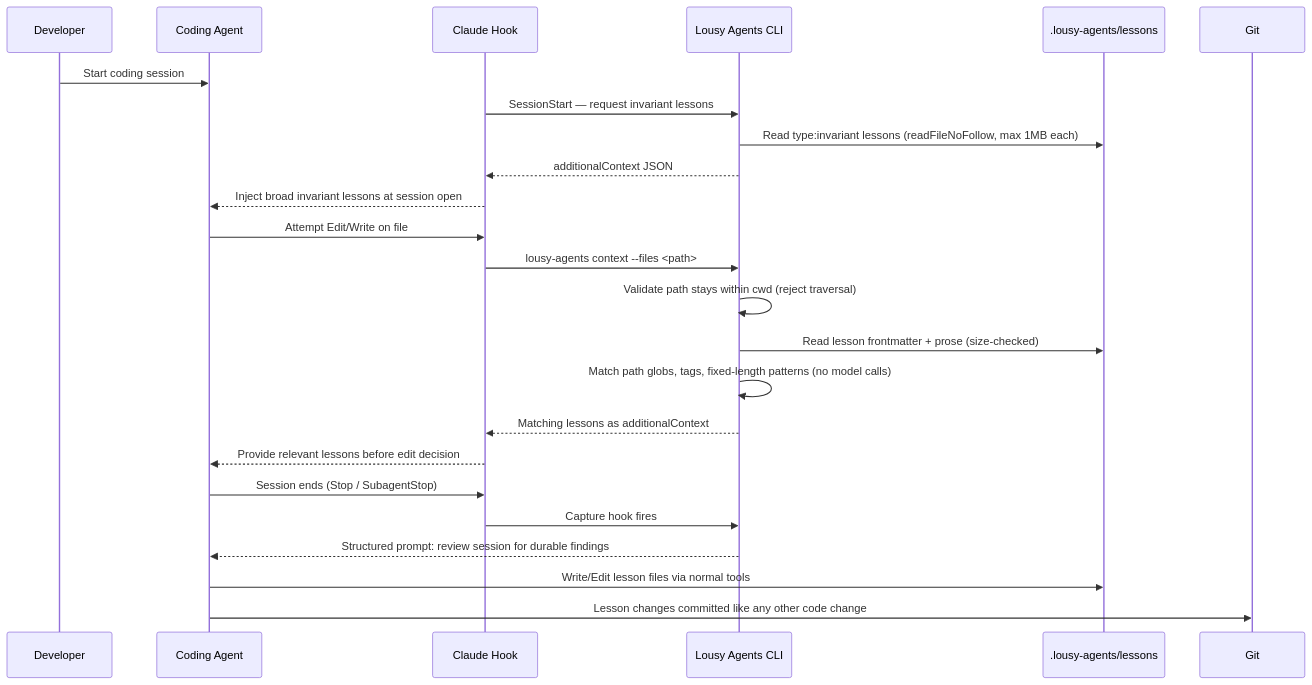
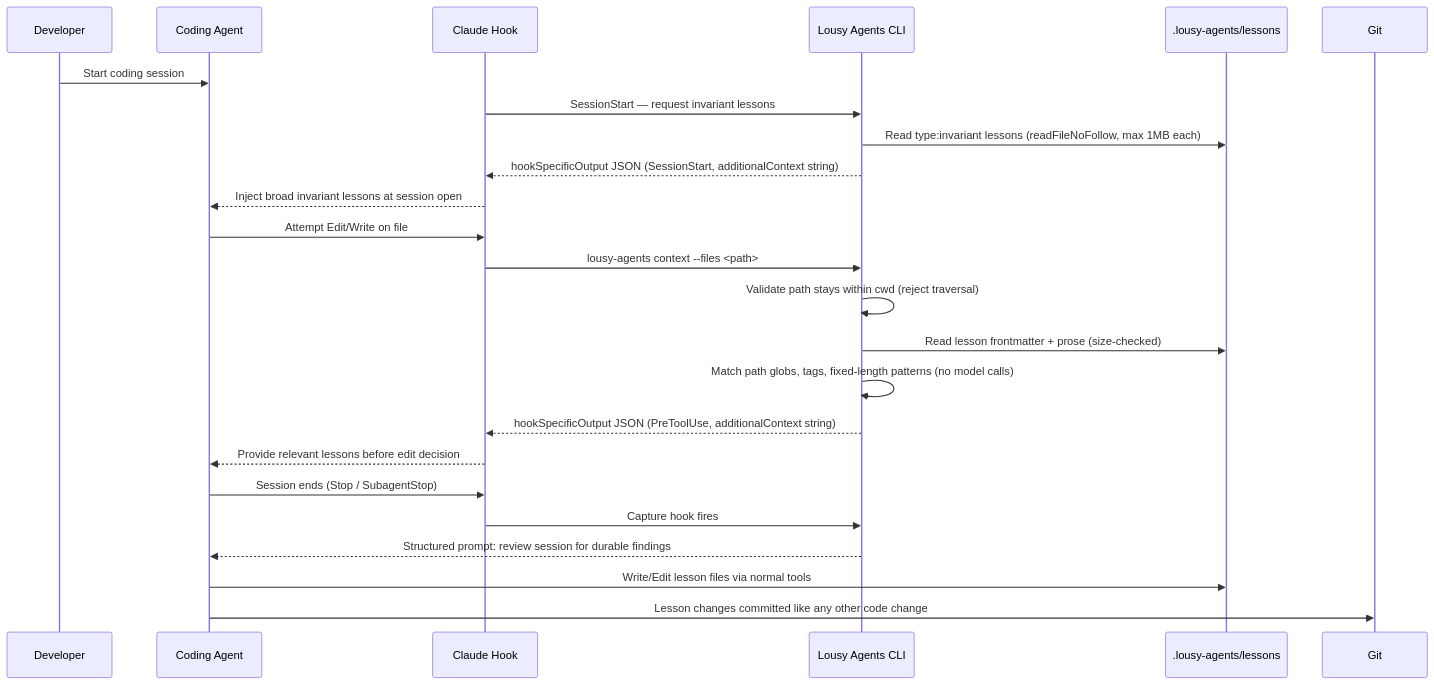
One commit to zpratt/lousy-agents changed the second of 2 diagrams in .github/specs/lesson-capture-context-injection.spec.md. Above: the diagram before and after it, drawn with Mermaid. The commit also changed other lines of this file, not shown here.

````diff
--- a/.github/specs/lesson-capture-context-injection.spec.md
+++ b/.github/specs/lesson-capture-context-injection.spec.md
@@ -356,29 +393,29 @@
 ```mermaid
 sequenceDiagram
     participant Dev as Developer
     participant Agent as Coding Agent
     participant Hook as Claude Hook
     participant CLI as Lousy Agents CLI
     participant Lessons as .lousy-agents/lessons
     participant Git as Git
 
     Dev->>Agent: Start coding session
     Hook->>CLI: SessionStart — request invariant lessons
     CLI->>Lessons: Read type:invariant lessons (readFileNoFollow, max 1MB each)
-    CLI-->>Hook: additionalContext JSON
+    CLI-->>Hook: hookSpecificOutput JSON (SessionStart, additionalContext string)
     Hook-->>Agent: Inject broad invariant lessons at session open
 
     Agent->>Hook: Attempt Edit/Write on file
     Hook->>CLI: lousy-agents context --files <path>
     CLI->>CLI: Validate path stays within cwd (reject traversal)
     CLI->>Lessons: Read lesson frontmatter + prose (size-checked)
     CLI->>CLI: Match path globs, tags, fixed-length patterns (no model calls)
-    CLI-->>Hook: Matching lessons as additionalContext
+    CLI-->>Hook: hookSpecificOutput JSON (PreToolUse, additionalContext string)
     Hook-->>Agent: Provide relevant lessons before edit decision
 
     Agent->>Hook: Session ends (Stop / SubagentStop)
     Hook->>CLI: Capture hook fires
     CLI-->>Agent: Structured prompt: review session for durable findings
     Agent->>Lessons: Write/Edit lesson files via normal tools
     Agent->>Git: Lesson changes committed like any other code change
 ```
````
